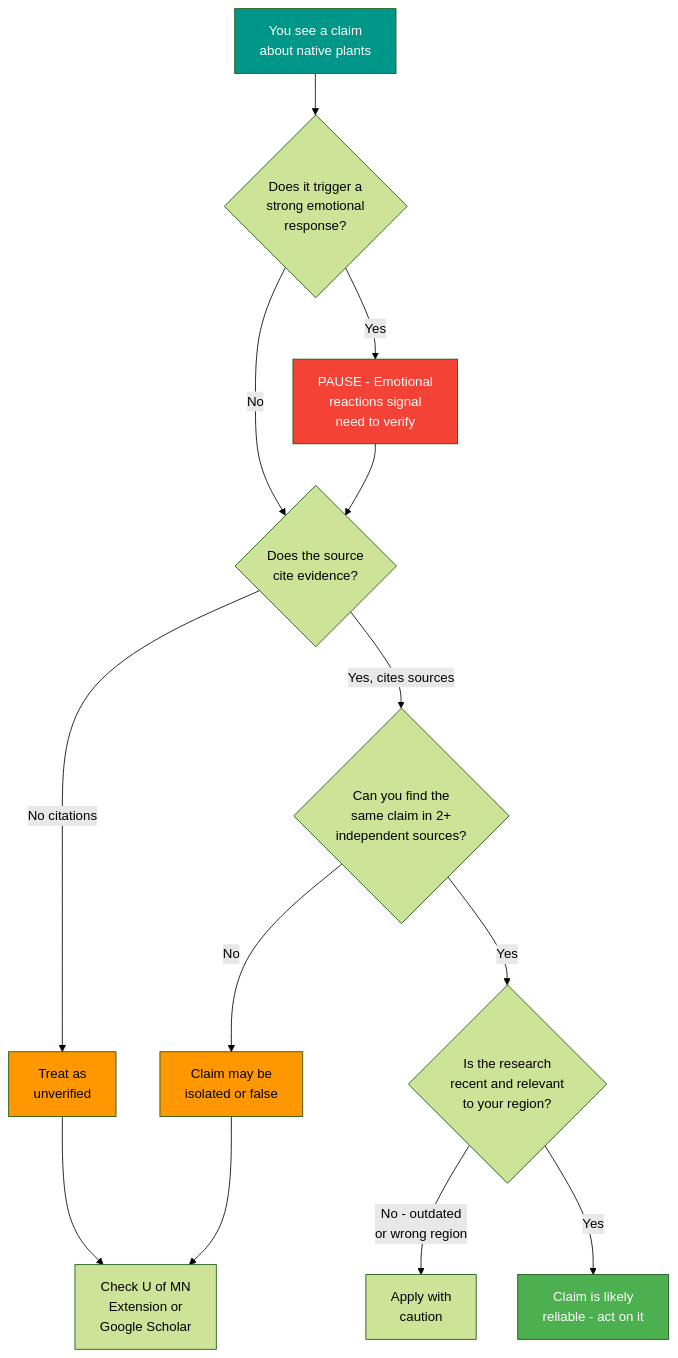
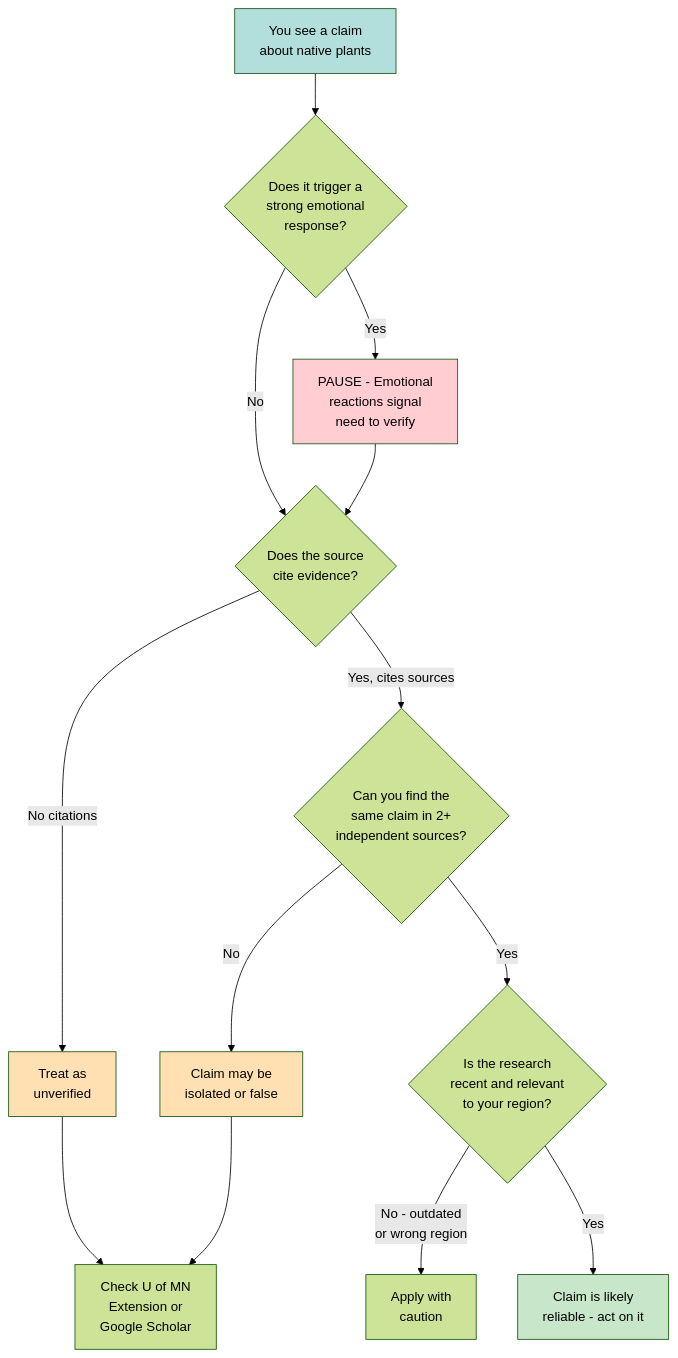
One commit to arunbatchu/minnesota-native-plants changed the second of 2 diagrams in docs/chapters/16-critical-thinking-misinfo/index.md. Above: the diagram before and after it, drawn with Mermaid (forest theme). The commit also changed other lines of this file and 10 other files, not shown here.

First line of the commit message:
Switch Mermaid diagrams to pastel palette — black text on light backgrounds

````diff
--- a/docs/chapters/16-critical-thinking-misinfo/index.md
+++ b/docs/chapters/16-critical-thinking-misinfo/index.md
@@ -308,27 +308,27 @@
 ```mermaid
 flowchart TD
     A["You see a claim<br>about native plants"] --> B{"Does it trigger a<br>strong emotional<br>response?"}
 
     B -->|"Yes"| C["PAUSE - Emotional<br>reactions signal<br>need to verify"]
     B -->|"No"| D{"Does the source<br>cite evidence?"}
 
     C --> D
 
     D -->|"No citations"| E["Treat as<br>unverified"]
     D -->|"Yes, cites sources"| F{"Can you find the<br>same claim in 2+<br>independent sources?"}
 
     F -->|"No"| G["Claim may be<br>isolated or false"]
     F -->|"Yes"| H{"Is the research<br>recent and relevant<br>to your region?"}
 
     H -->|"No - outdated<br>or wrong region"| I["Apply with<br>caution"]
     H -->|"Yes"| J["Claim is likely<br>reliable - act on it"]
 
     E --> K["Check U of MN<br>Extension or<br>Google Scholar"]
     G --> K
 
-    style A fill:#009688,color:#fff
-    style J fill:#4CAF50,color:#fff
-    style E fill:#FF9800,color:#000
-    style G fill:#FF9800,color:#000
-    style C fill:#F44336,color:#fff
+    style A fill:#B2DFDB,color:#000
+    style J fill:#C8E6C9,color:#000
+    style E fill:#FFE0B2,color:#000
+    style G fill:#FFE0B2,color:#000
+    style C fill:#FFCDD2,color:#000
 ```
````
